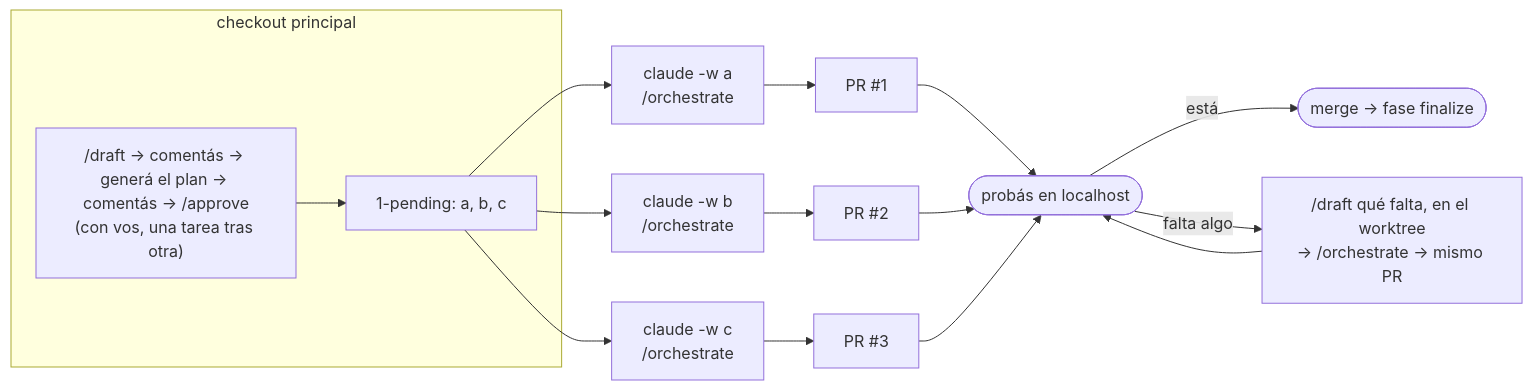
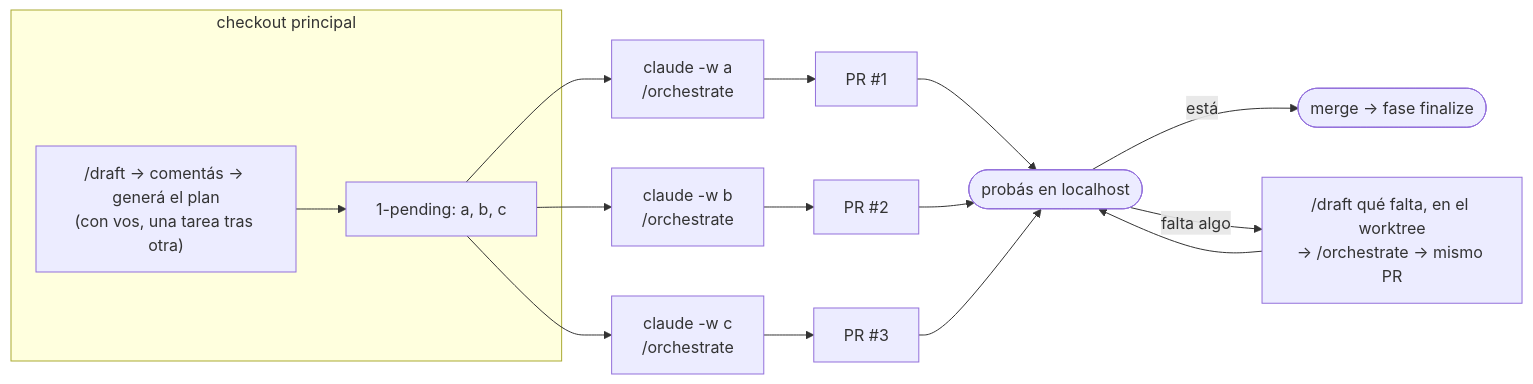
The first of 2 diagrams in skills/workflow/references/orchestrate.md (octavio-parozlabs/mindstack), drawn with Mermaid before and after one commit. The commit also changed other lines of this file and 24 other files, not shown here.

````diff
--- a/skills/workflow/references/orchestrate.md
+++ b/skills/workflow/references/orchestrate.md
@@ -7,13 +7,13 @@
 ```mermaid
 flowchart LR
     subgraph main [checkout principal]
-        A["/draft → comentás → generá el plan → comentás → /approve\n(con vos, una tarea tras otra)"] --> P["1-pending: a, b, c"]
+        A["/draft → comentás → generá el plan\n(con vos, una tarea tras otra)"] --> P["1-pending: a, b, c"]
     end
     P --> Wa["claude -w a\n/orchestrate"] --> PRa[PR #1]
     P --> Wb["claude -w b\n/orchestrate"] --> PRb[PR #2]
     P --> Wc["claude -w c\n/orchestrate"] --> PRc[PR #3]
     PRa & PRb & PRc --> T([probás en localhost])
     T -->|está| M([merge → fase finalize])
     T -->|falta algo| I["/draft qué falta, en el worktree
 → /orchestrate → mismo PR"] --> T
 ```
````
